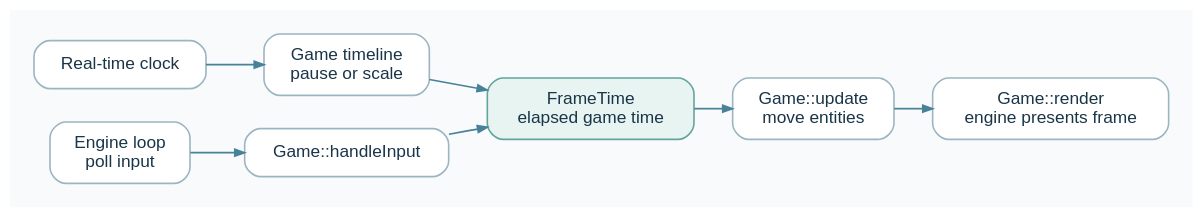
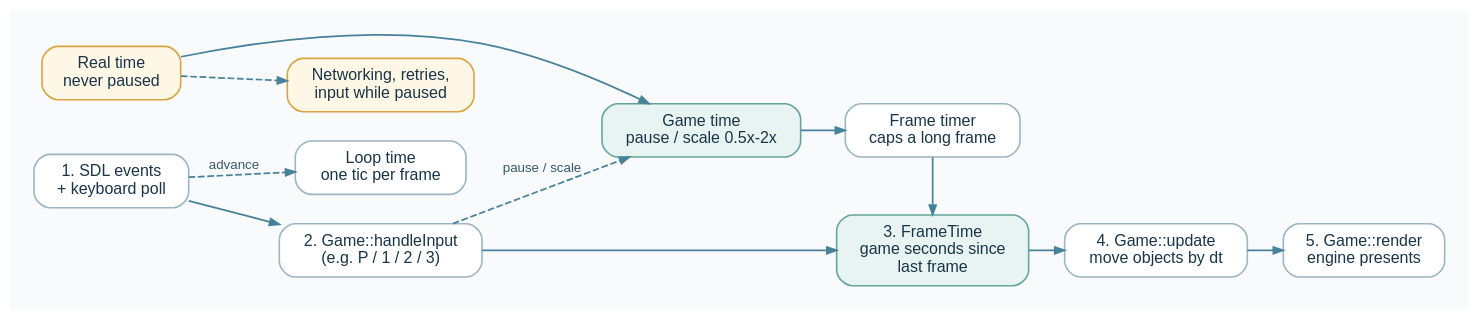
The diagram in docs/frame-time-flow.dot (CSC581/shared-engine), drawn with Graphviz before and after one commit. The commit also changed 6 other files, not shown here.

```diff
--- a/docs/frame-time-flow.dot
+++ b/docs/frame-time-flow.dot
@@ -1,16 +1,28 @@
 digraph FrameTimeFlow {
-    graph [rankdir=LR, bgcolor="#F8FAFC", pad="0.25", nodesep="0.35", ranksep="0.4", splines=polyline];
-    node [shape=box, style="rounded,filled", fontname="Helvetica", fontsize=13, penwidth=1.2, color="#9CB5C2", fillcolor="#FFFFFF", fontcolor="#193547", margin="0.18,0.13"];
-    edge [color="#478299", penwidth=1.3, arrowsize=0.72];
+    graph [rankdir=LR, bgcolor="#F8FAFC", pad="0.25", nodesep="0.3", ranksep="0.35", splines=spline, newrank=true];
+    node [shape=box, style="rounded,filled", fontname="Helvetica", fontsize=12, penwidth=1.2, color="#9CB5C2", fillcolor="#FFFFFF", fontcolor="#193547", margin="0.15,0.1"];
+    edge [color="#478299", penwidth=1.3, arrowsize=0.72, fontname="Helvetica", fontsize=10, fontcolor="#365A6B"];
 
-    real [label="Real-time clock"];
-    timeline [label="Game timeline\npause or scale"];
-    loop [label="Engine loop\npoll input"];
-    input [label="Game::handleInput"];
-    frame [label="FrameTime\nelapsed game time", fillcolor="#E8F4F2", color="#64A49A"];
-    update [label="Game::update\nmove entities"];
-    render [label="Game::render\nengine presents frame"];
+    // One pass of Engine::run, left to right.
+    events [label="1. SDL events\n+ keyboard poll"];
+    input [label="2. Game::handleInput\n(e.g. P / 1 / 2 / 3)"];
+    frame [label="3. FrameTime\ngame seconds since\nlast frame", fillcolor="#E8F4F2", color="#64A49A"];
+    update [label="4. Game::update\nmove objects by dt"];
+    render [label="5. Game::render\nengine presents"];
+    events -> input -> frame -> update -> render;
 
-    real -> timeline -> frame;
-    loop -> input -> frame -> update -> render;
+    // The clocks underneath.
+    real [label="Real time\nnever paused", fillcolor="#FFF7E6", color="#D9A441"];
+    game [label="Game time\npause / scale 0.5x-2x", fillcolor="#E8F4F2", color="#64A49A"];
+    timer [label="Frame timer\ncaps a long frame"];
+    loops [label="Loop time\none tic per frame"];
+    net [label="Networking, retries,\ninput while paused", fillcolor="#FFF7E6", color="#D9A441"];
+
+    real -> game -> timer -> frame;
+    real -> net [style=dashed];
+    input -> game [style=dashed, label="pause / scale"];
+    events -> loops [style=dashed, label="advance"];
+
+    { rank=same; events; real; }
+    { rank=same; frame; timer; }
 }
```
